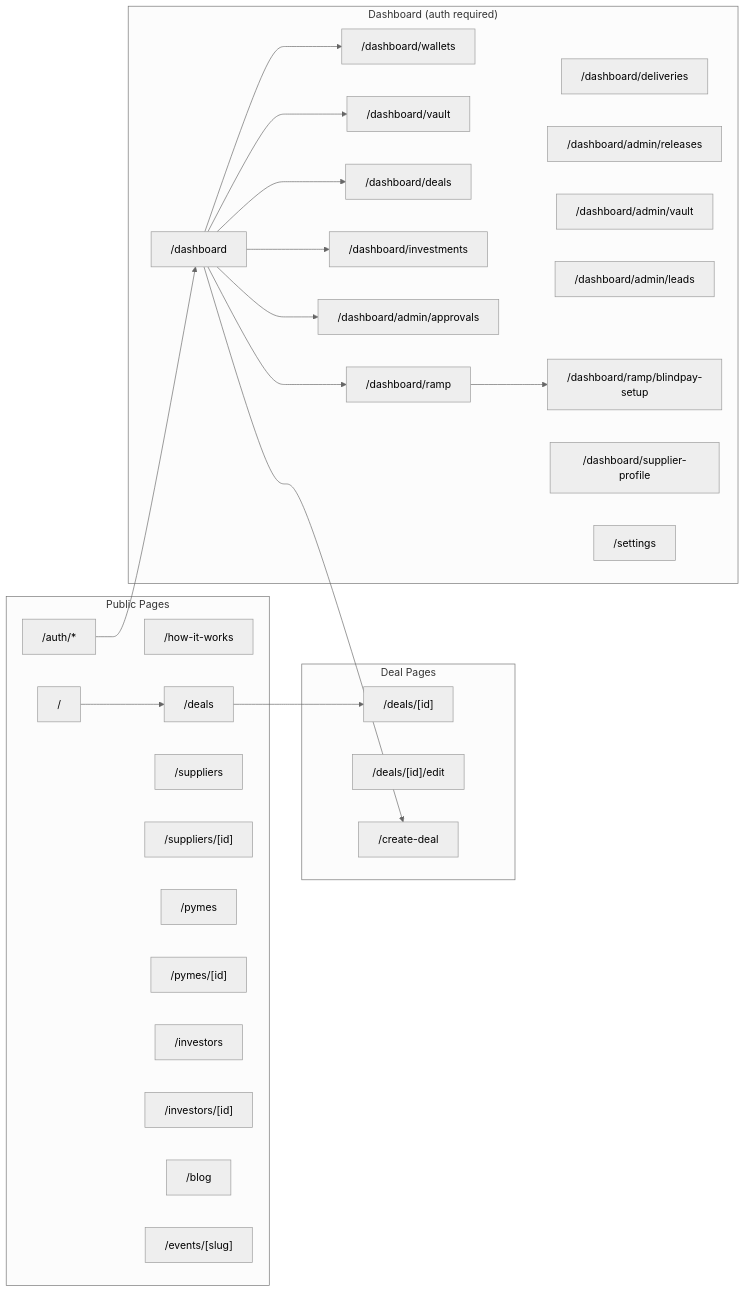
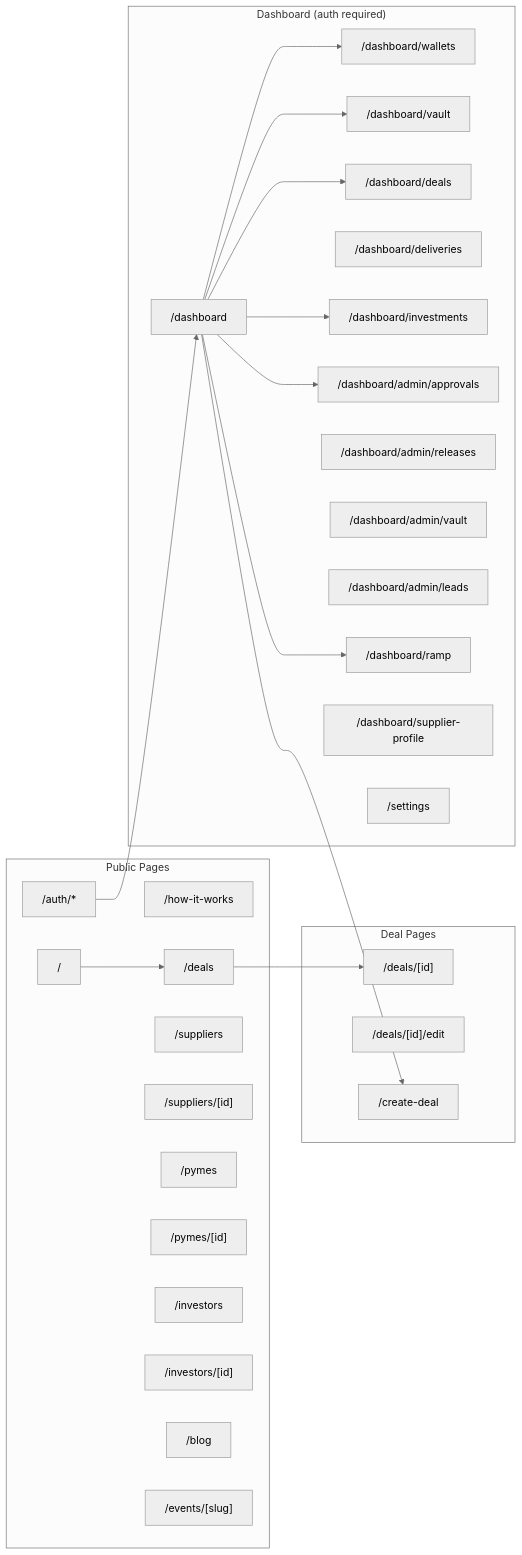
Before and after one commit to mercato-supply-chain/mercato-dapp: the third of 14 diagrams in doc/architecture.md, drawn with Mermaid (neutral theme). The commit also changed other lines of this file, not shown here.

````diff
--- a/doc/architecture.md
+++ b/doc/architecture.md
@@ -130,52 +131,50 @@
 ```mermaid
 flowchart LR
   subgraph Public["Public Pages"]
     Landing["/"]
     How["/how-it-works"]
     Deals["/deals"]
     Auth["/auth/*"]
     SupplierDir["/suppliers"]
     SupplierDetail["/suppliers/[id]"]
     PymeDir["/pymes"]
     PymeDetail["/pymes/[id]"]
     InvestorDir["/investors"]
     InvestorDetail["/investors/[id]"]
     Blog["/blog"]
     Events["/events/[slug]"]
   end
 
   subgraph DealPages["Deal Pages"]
     DealDetail["/deals/[id]"]
     DealEdit["/deals/[id]/edit"]
     CreateDeal["/create-deal"]
   end
 
   subgraph Dashboard["Dashboard (auth required)"]
     Dash["/dashboard"]
     Wallets["/dashboard/wallets"]
     Vault["/dashboard/vault"]
     DashDeals["/dashboard/deals"]
     DashDeliveries["/dashboard/deliveries"]
     DashInvestments["/dashboard/investments"]
     DashAdminApprovals["/dashboard/admin/approvals"]
     DashAdminReleases["/dashboard/admin/releases"]
     DashAdminVault["/dashboard/admin/vault"]
     DashAdminLeads["/dashboard/admin/leads"]
     Ramp["/dashboard/ramp"]
-    BlindPaySetup["/dashboard/ramp/blindpay-setup"]
     SupplierProfile["/dashboard/supplier-profile"]
     Settings["/settings"]
   end
 
   Landing --> Deals
   Deals --> DealDetail
   Auth --> Dash
   Dash --> Wallets
   Dash --> Vault
   Dash --> DashDeals
   Dash --> DashInvestments
   Dash --> DashAdminApprovals
   Dash --> Ramp
   Dash --> CreateDeal
-  Ramp --> BlindPaySetup
 ```
````
